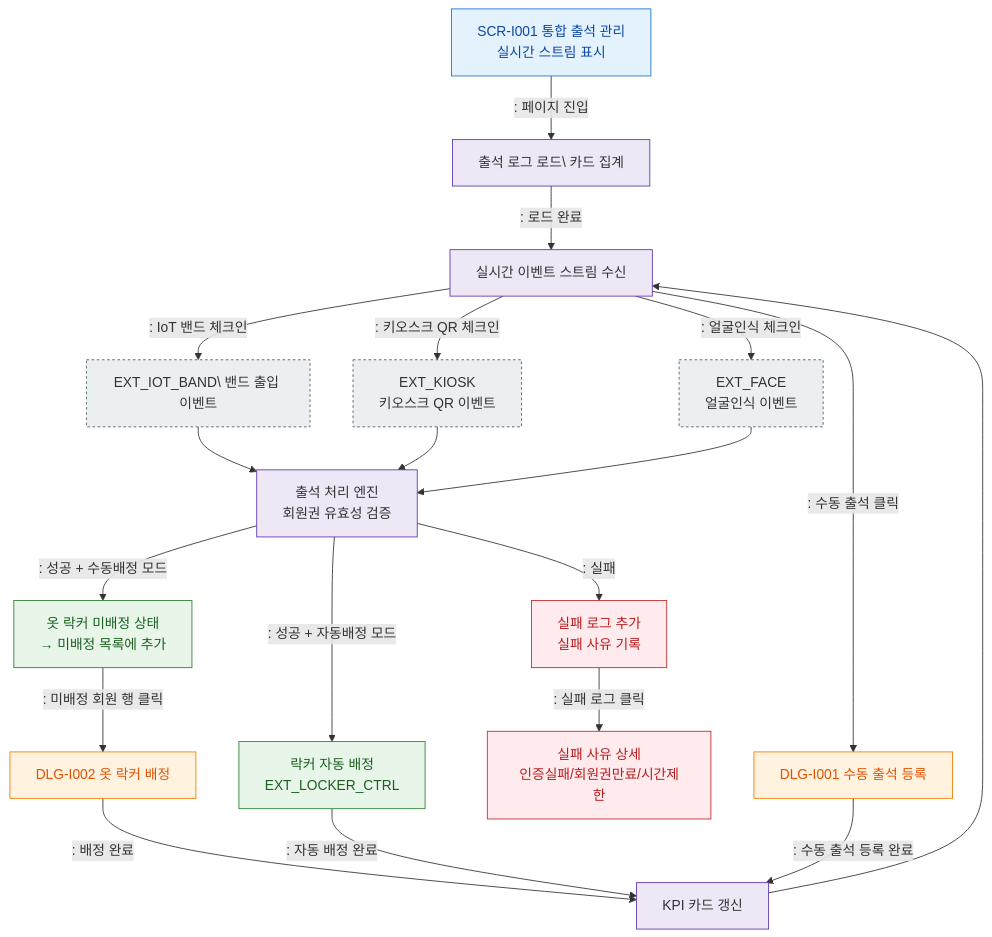
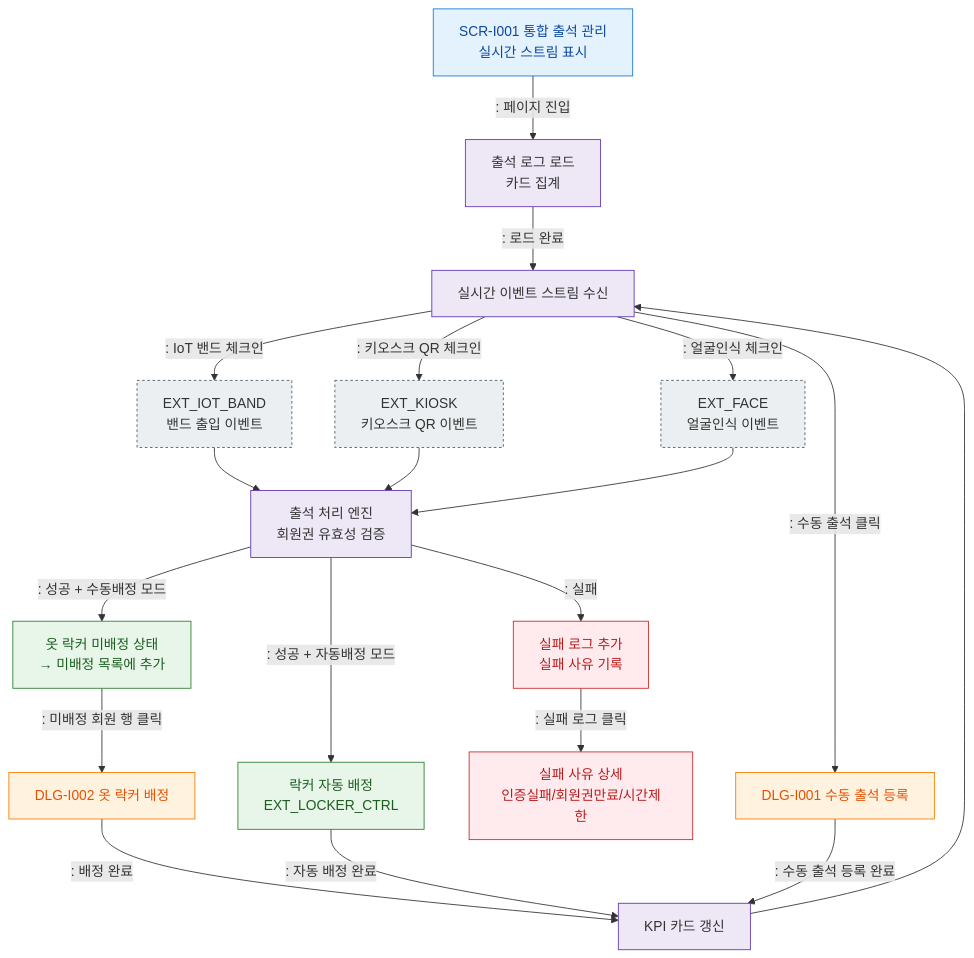
Before and after one commit to dev-spogym/admin-pando: the diagram in docs/admin/다이어그램/D11_통합운영/SCR-I001_통합출석관리/F2_메인.md, drawn with Mermaid. The commit also changed 369 other files, not shown here.

````diff
--- a/docs/admin/다이어그램/D11_통합운영/SCR-I001_통합출석관리/F2_메인.md
+++ b/docs/admin/다이어그램/D11_통합운영/SCR-I001_통합출석관리/F2_메인.md
@@ -21,41 +21,41 @@
 ```mermaid
 flowchart TD
-    SCR_I001[SCR-I001 통합 출석 관리\n실시간 스트림 표시] -->|": 페이지 진입"|LOAD[출석 로그 로드\ 카드 집계]
+    SCR_I001[SCR-I001 통합 출석 관리\n실시간 스트림 표시] -->|": 페이지 진입"|LOAD[출석 로그 로드<br/> 카드 집계]
 
     LOAD -->|": 로드 완료"|STREAM[실시간 이벤트 스트림 수신]
 
-    STREAM -->|": IoT 밴드 체크인"|EVT_IOT[EXT_IOT_BAND\ 밴드 출입 이벤트]
+    STREAM -->|": IoT 밴드 체크인"|EVT_IOT[EXT_IOT_BAND<br/> 밴드 출입 이벤트]
     STREAM -->|": 키오스크 QR 체크인"|EVT_KIOSK[EXT_KIOSK\n키오스크 QR 이벤트]
     STREAM -->|": 얼굴인식 체크인"|EVT_FACE[EXT_FACE\n얼굴인식 이벤트]
     STREAM -->|": 수동 출석 클릭"|DLG_I001[DLG-I001 수동 출석 등록]
 
     EVT_IOT --> PROC[출석 처리 엔진\n회원권 유효성 검증]
     EVT_KIOSK --> PROC
     EVT_FACE --> PROC
 
     PROC -->|": 성공 + 수동배정 모드"|LOCKER_MANUAL[옷 락커 미배정 상태\n→ 미배정 목록에 추가]
     PROC -->|": 성공 + 자동배정 모드"|LOCKER_AUTO[락커 자동 배정\nEXT_LOCKER_CTRL]
     PROC -->|": 실패"|FAIL_LOG[실패 로그 추가\n실패 사유 기록]
 
     LOCKER_MANUAL -->|": 미배정 회원 행 클릭"|DLG_I002[DLG-I002 옷 락커 배정]
     LOCKER_AUTO -->|": 자동 배정 완료"|KPI_UPDATE[KPI 카드 갱신]
     DLG_I002 -->|": 배정 완료"|KPI_UPDATE
     DLG_I001 -->|": 수동 출석 등록 완료"|KPI_UPDATE
 
     KPI_UPDATE --> STREAM
 
     FAIL_LOG -->|": 실패 로그 클릭"|FAIL_DETAIL[실패 사유 상세\n인증실패/회원권만료/시간제한]
 
     classDef screen fill:#E3F2FD,stroke:#1976D2,color:#0D47A1
     classDef modal fill:#FFF3E0,stroke:#F57C00,color:#E65100
     classDef external fill:#ECEFF1,stroke:#455A64,stroke-dasharray:3 3
     classDef system fill:#EDE7F6,stroke:#5E35B2
     classDef error fill:#FFEBEE,stroke:#C62828,color:#B71C1C
     classDef success fill:#E8F5E9,stroke:#2E7D32,color:#1B5E20
     class SCR_I001 screen
     class DLG_I001,DLG_I002 modal
     class EVT_IOT,EVT_KIOSK,EVT_FACE external
     class PROC,STREAM,LOAD,KPI_UPDATE system
     class FAIL_LOG,FAIL_DETAIL error
     class LOCKER_AUTO,LOCKER_MANUAL success
 ```
````
